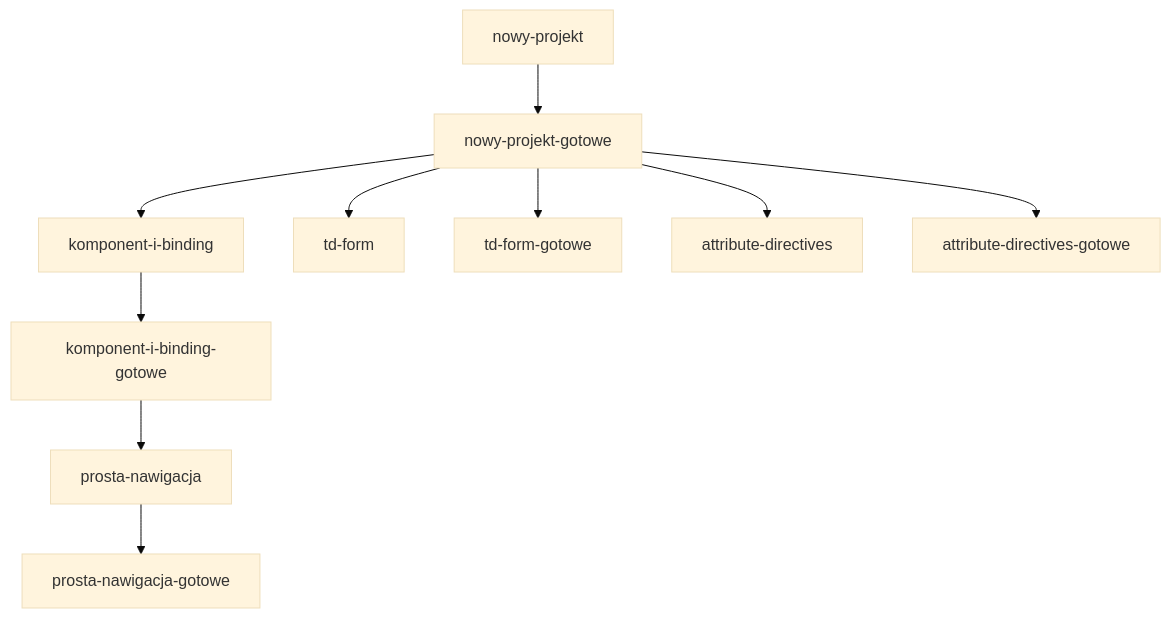
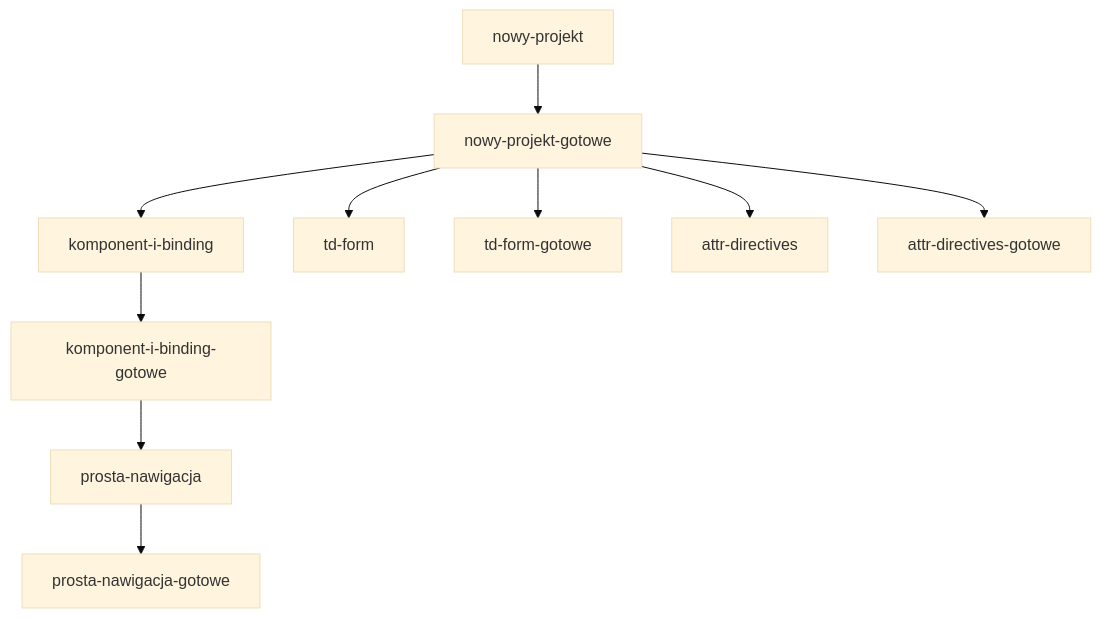
Before and after one commit to jkatnik/powtorki-ng: the diagram in ZADANIA.md, drawn with Mermaid (base theme).

````diff
--- a/ZADANIA.md
+++ b/ZADANIA.md
@@ -1,18 +1,18 @@
 ```mermaid
 graph TD;
 
 nowy-projekt --> nowy-projekt-gotowe
 
 nowy-projekt-gotowe --> komponent-i-binding
 komponent-i-binding --> komponent-i-binding-gotowe
 
 komponent-i-binding-gotowe --> prosta-nawigacja
 prosta-nawigacja --> prosta-nawigacja-gotowe
 
 nowy-projekt-gotowe --> td-form
 nowy-projekt-gotowe --> td-form-gotowe
 
-nowy-projekt-gotowe --> attribute-directives
-nowy-projekt-gotowe --> attribute-directives-gotowe
+nowy-projekt-gotowe --> attr-directives
+nowy-projekt-gotowe --> attr-directives-gotowe
 
 ```
````
